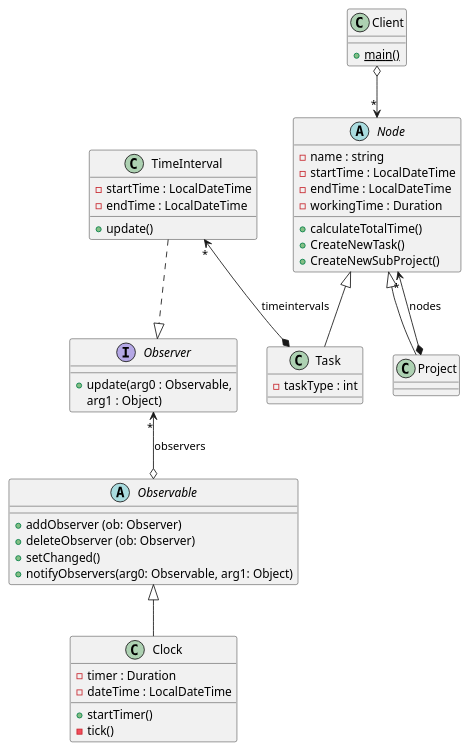
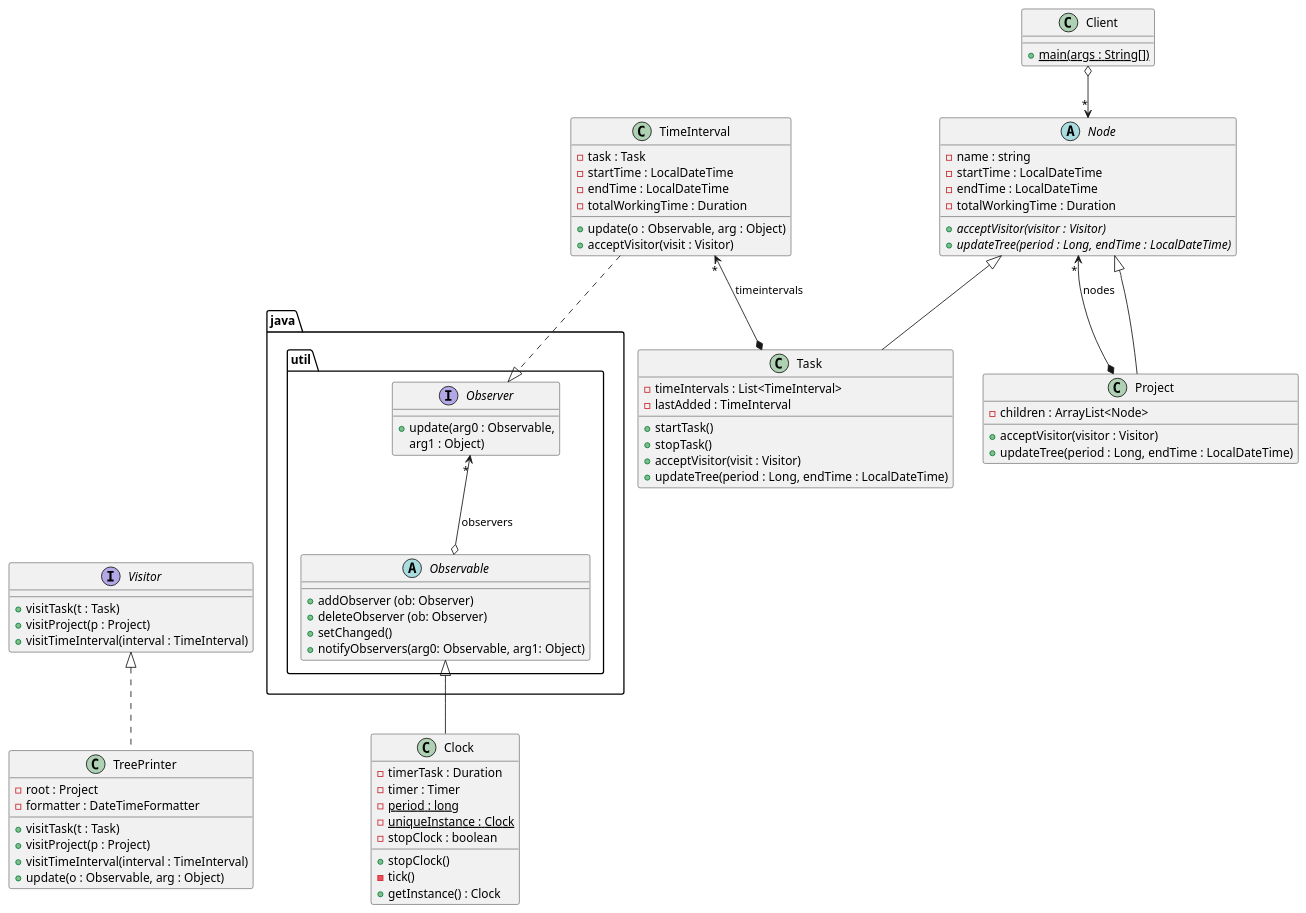
Before and after one commit to prodric/timeTracker: the diagram in timeTracker.puml, drawn with PlantUML.

```diff
--- a/timeTracker.puml
+++ b/timeTracker.puml
@@ -1,57 +1,84 @@
 @startuml
 
+class Project extends Node{
+    -children : ArrayList<Node>
+    +acceptVisitor(visitor : Visitor)
+    +updateTree(period : Long, endTime : LocalDateTime)
+}
+
+abstract class Node {
+    -name : string
+    -startTime : LocalDateTime
+    -endTime : LocalDateTime
+    -totalWorkingTime : Duration
+    +{abstract} acceptVisitor(visitor : Visitor)
+    +{abstract} updateTree(period : Long, endTime : LocalDateTime)
+}
+
+class Task extends Node{
+    -timeIntervals : List<TimeInterval>
+    -lastAdded : TimeInterval
+    +startTask()
+    +stopTask()
+    +acceptVisitor(visit : Visitor)
+    +updateTree(period : Long, endTime : LocalDateTime)
+}
+
+class Client {
++ {static}main(args : String[])
+}
+
+class TimeInterval {
+    -task : Task
+    -startTime : LocalDateTime
+    -endTime : LocalDateTime
+    -totalWorkingTime : Duration
+    +update(o : Observable, arg : Object)
+    +acceptVisitor(visit : Visitor)
+}
+package java.util <<Folder>> {
+    interface Observer{
+        +update(arg0 : Observable,
+        arg1 : Object)
+    }
+    abstract class Observable{
+        +addObserver (ob: Observer)
+        +deleteObserver (ob: Observer)
+        +setChanged()
+        +notifyObservers(arg0: Observable, arg1: Object)
+    }
+}
+
+class Clock{
+    -timerTask : Duration
+    -timer : Timer
+    -{static}period : long
+    -{static}uniqueInstance : Clock
+    -stopClock : boolean
+    +stopClock()
+    -tick()
+    +getInstance() : Clock
+}
+
+interface Visitor {
+    +visitTask(t : Task)
+    +visitProject(p : Project)
+    +visitTimeInterval(interval : TimeInterval)
+}
+class TreePrinter implements Visitor{
+     -root : Project
+     -formatter : DateTimeFormatter
+     +visitTask(t : Task)
+     +visitProject(p : Project)
+     +visitTimeInterval(interval : TimeInterval)
+     +update(o : Observable, arg : Object)
+}
+Visitor -[hidden]right- Observable
 Node <--* Project : "*" nodes
 TimeInterval "*"<--*  Task : timeintervals
 TimeInterval ..|> Observer
 Observer <--o Observable : "*"observers
 Observable <|-- Clock
 Client  o-->"*" Node
 
-
-class Project extends Node{
-
-}
-
-abstract class Node {
-    -name : string
-    -startTime : LocalDateTime
-    -endTime : LocalDateTime
-    -workingTime : Duration
-    +calculateTotalTime()
-    +CreateNewTask()
-    +CreateNewSubProject()
-}
-
-class Task extends Node{
-    -taskType : int
-}
-
-class Client {
-+ {static}main()
-}
-
-class TimeInterval {
-    -startTime : LocalDateTime
-    -endTime : LocalDateTime
-    +update()
-}
-
-interface Observer{
-    +update(arg0 : Observable,
-    arg1 : Object)
-}
-
-class Clock{
-    -timer : Duration
-    -dateTime : LocalDateTime
-    +startTimer()
-    -tick()
-}
-
-abstract class Observable{
-+addObserver (ob: Observer)
-+deleteObserver (ob: Observer)
-+setChanged()
-+notifyObservers(arg0: Observable, arg1: Object)
-}
 @enduml
```
